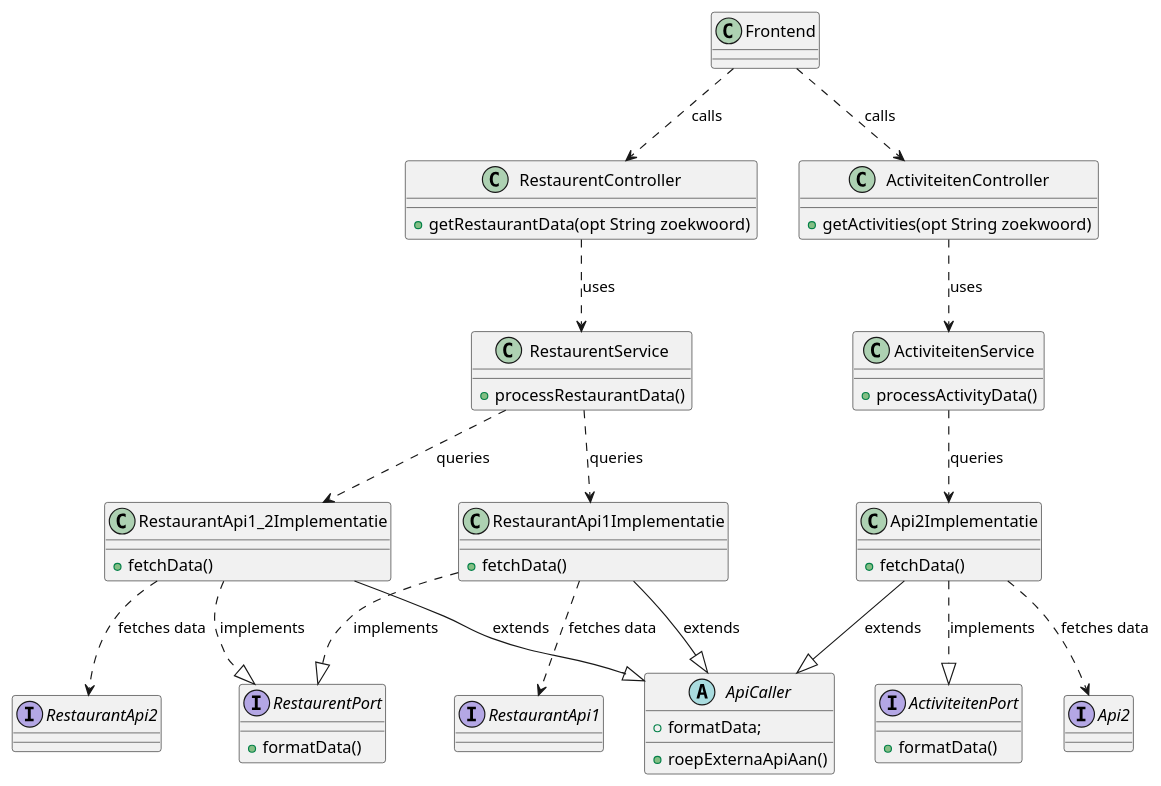
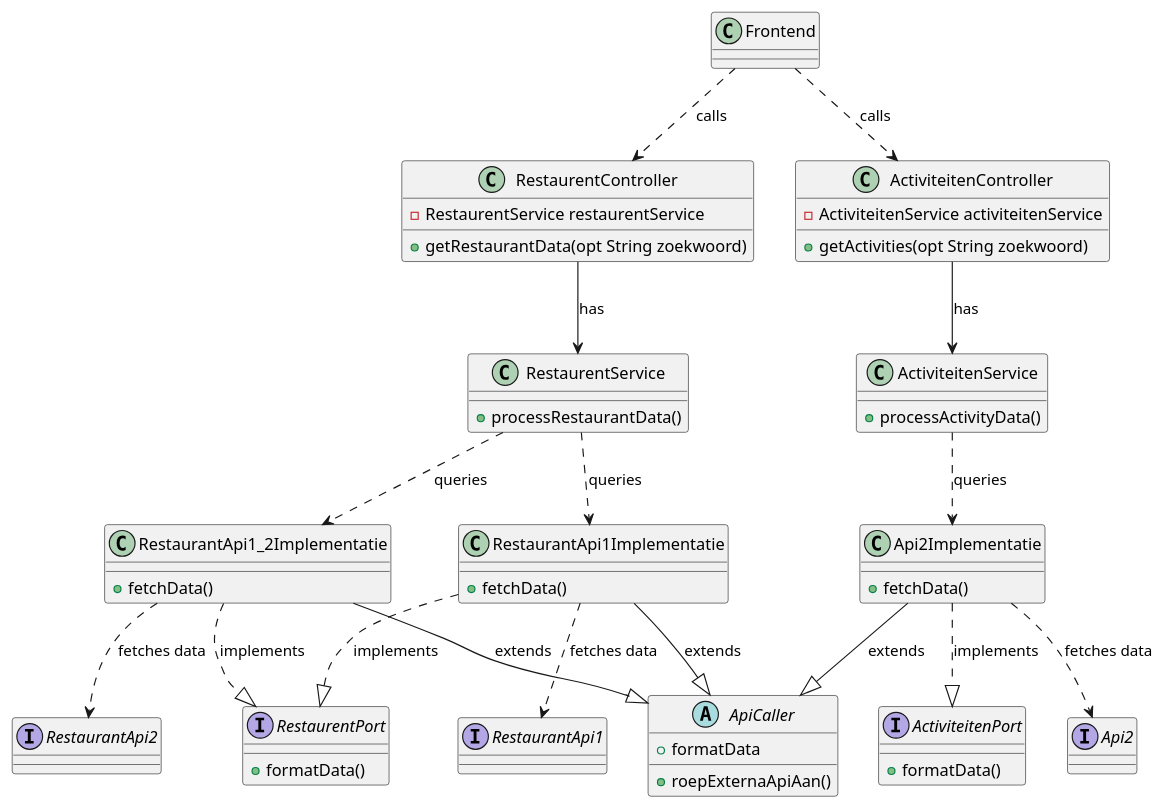
One commit to AIM-ENE-feb25/triptop-jrn changed the diagram in HuiswerkRob/huiswerk2-3/classDiagram.puml. Above: the diagram before and after it, drawn with PlantUML.

```diff
--- a/HuiswerkRob/huiswerk2-3/classDiagram.puml
+++ b/HuiswerkRob/huiswerk2-3/classDiagram.puml
@@ -1,72 +1,72 @@
 @startuml
 
 abstract class ApiCaller {
   + roepExternaApiAan()
-  + formatData;
+  + formatData
 }
 
 interface RestaurentPort {
   + formatData()
 }
 
 interface ActiviteitenPort {
   + formatData()
-
 }
 
 class RestaurentController {
+  - RestaurentService restaurentService
   + getRestaurantData(opt String zoekwoord)
-
 }
 
 class ActiviteitenController {
+  - ActiviteitenService activiteitenService
   + getActivities(opt String zoekwoord)
 }
 
 class RestaurentService {
   + processRestaurantData()
 }
 
 class ActiviteitenService {
   + processActivityData()
 }
 
 class RestaurantApi1Implementatie {
   + fetchData()
 }
 
 class RestaurantApi1_2Implementatie {
   + fetchData()
 }
 
 class Api2Implementatie {
   + fetchData()
 }
 
 interface RestaurantApi1
 interface RestaurantApi2
 interface Api2
 
 Frontend ..> RestaurentController : "calls"
 Frontend ..> ActiviteitenController : "calls"
 
-RestaurentController ..> RestaurentService : "uses"
-ActiviteitenController ..> ActiviteitenService : "uses"
+RestaurentController --> RestaurentService : "has"
+ActiviteitenController --> ActiviteitenService : "has"
 
 RestaurentService ..> RestaurantApi1Implementatie : "queries"
 RestaurentService ..> RestaurantApi1_2Implementatie : "queries"
 ActiviteitenService ..> Api2Implementatie : "queries"
 
 RestaurantApi1Implementatie ..|> RestaurentPort : "implements"
 RestaurantApi1_2Implementatie ..|> RestaurentPort : "implements"
 Api2Implementatie ..|> ActiviteitenPort : "implements"
 
 RestaurantApi1Implementatie --|> ApiCaller : "extends"
 RestaurantApi1_2Implementatie --|> ApiCaller : "extends"
 Api2Implementatie --|> ApiCaller : "extends"
 
 RestaurantApi1Implementatie ..> RestaurantApi1 : "fetches data"
 RestaurantApi1_2Implementatie ..> RestaurantApi2 : "fetches data"
 Api2Implementatie ..> Api2 : "fetches data"
 
 @enduml
```
